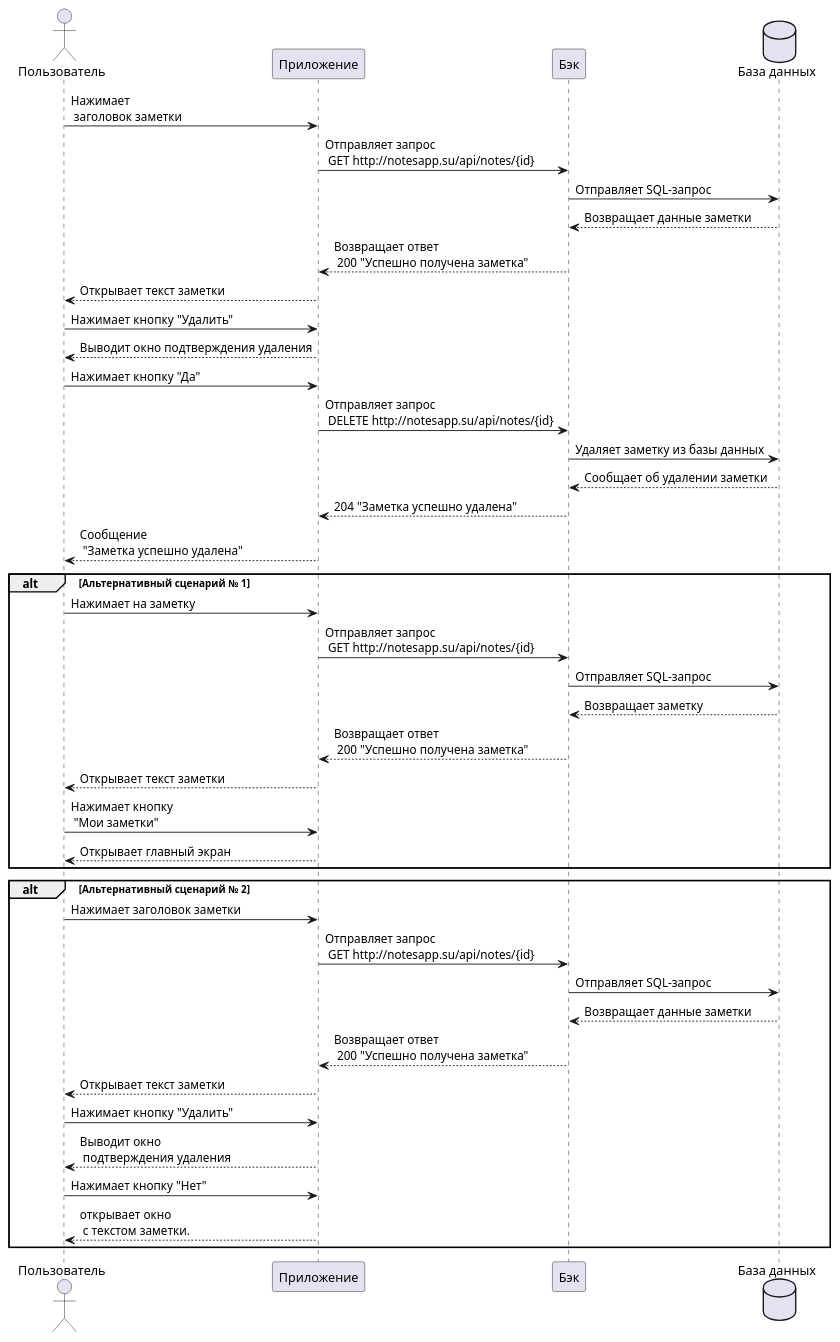
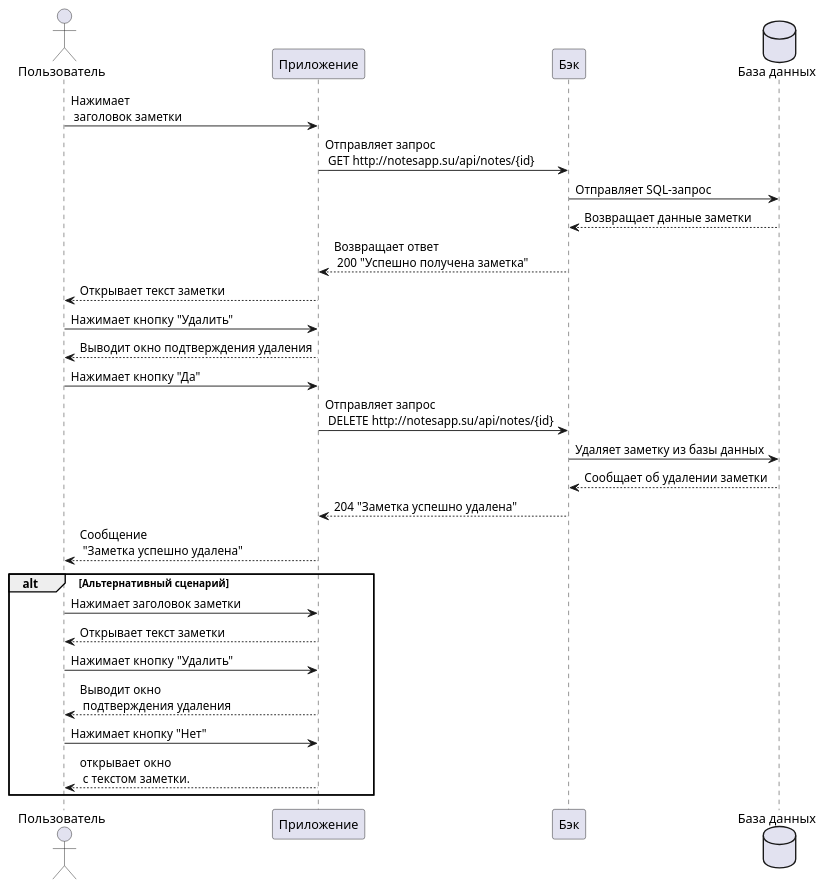
Before and after one commit to mtarelkina/omg-whats-the-hell-is-this: the first of 2 diagrams in docs/notsapp/notapp.md, drawn with PlantUML.

Commit message:
Исправили диаграмму

````diff
--- a/docs/notsapp/notapp.md
+++ b/docs/notsapp/notapp.md
@@ -101,45 +101,32 @@
 ```puml
 @startuml
 actor Пользователь
 participant Приложение
 participant Бэк
 database "База данных"
 Пользователь -> Приложение: Нажимает \n заголовок заметки
 Приложение -> Бэк: Отправляет запрос \n GET http://notesapp.su/api/notes/{id} 
 Бэк -> "База данных": Отправляет SQL-запрос
 Бэк <-- "База данных": Возвращает данные заметки
 Приложение <-- Бэк: Возвращает ответ \n 200 "Успешно получена заметка"
 Пользователь <-- Приложение: Открывает текст заметки
 Пользователь -> Приложение: Нажимает кнопку "Удалить"
 Пользователь <-- Приложение: Выводит окно подтверждения удаления
 Пользователь -> Приложение: Нажимает кнопку "Да"
 Приложение -> Бэк: Отправляет запрос \n DELETE http://notesapp.su/api/notes/{id}
 Бэк -> "База данных": Удаляет заметку из базы данных
 Бэк <-- "База данных": Сообщает об удалении заметки
 Приложение <-- Бэк: 204 "Заметка успешно удалена"
 Пользователь <-- Приложение: Сообщение \n "Заметка успешно удалена"
-alt Альтернативный сценарий № 1
-Пользователь -> Приложение: Нажимает на заметку
-Приложение -> Бэк: Отправляет запрос \n GET http://notesapp.su/api/notes/{id} 
-Бэк -> "База данных": Отправляет SQL-запрос
-Бэк <-- "База данных": Возвращает заметку
-Приложение <-- Бэк: Возвращает ответ \n 200 "Успешно получена заметка"
-Пользователь <-- Приложение: Открывает текст заметки
-Пользователь -> Приложение: Нажимает кнопку \n "Мои заметки"
-Пользователь <-- Приложение: Открывает главный экран
-end alt
-alt Альтернативный сценарий № 2
+
+alt Альтернативный сценарий
 Пользователь -> Приложение: Нажимает заголовок заметки
-Приложение -> Бэк: Отправляет запрос \n GET http://notesapp.su/api/notes/{id} 
-Бэк -> "База данных": Отправляет SQL-запрос
-Бэк <-- "База данных": Возвращает данные заметки
-Приложение <-- Бэк: Возвращает ответ \n 200 "Успешно получена заметка"
 Пользователь <-- Приложение: Открывает текст заметки
 Пользователь -> Приложение: Нажимает кнопку "Удалить"
 Пользователь <-- Приложение: Выводит окно \n подтверждения удаления
 Пользователь -> Приложение: Нажимает кнопку "Нет"
 Пользователь <-- Приложение: открывает окно \n с текстом заметки.
 end alt
 
 @enduml
 ```
````
